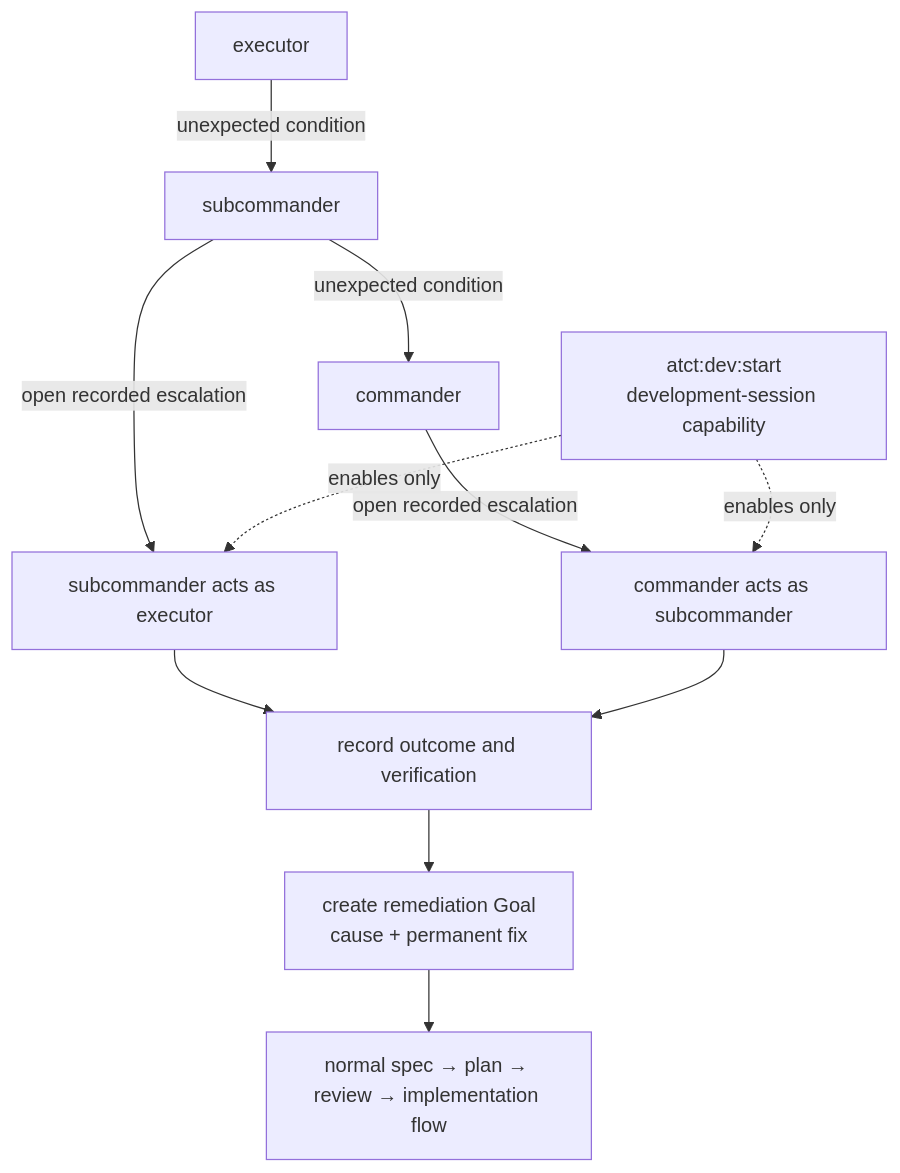
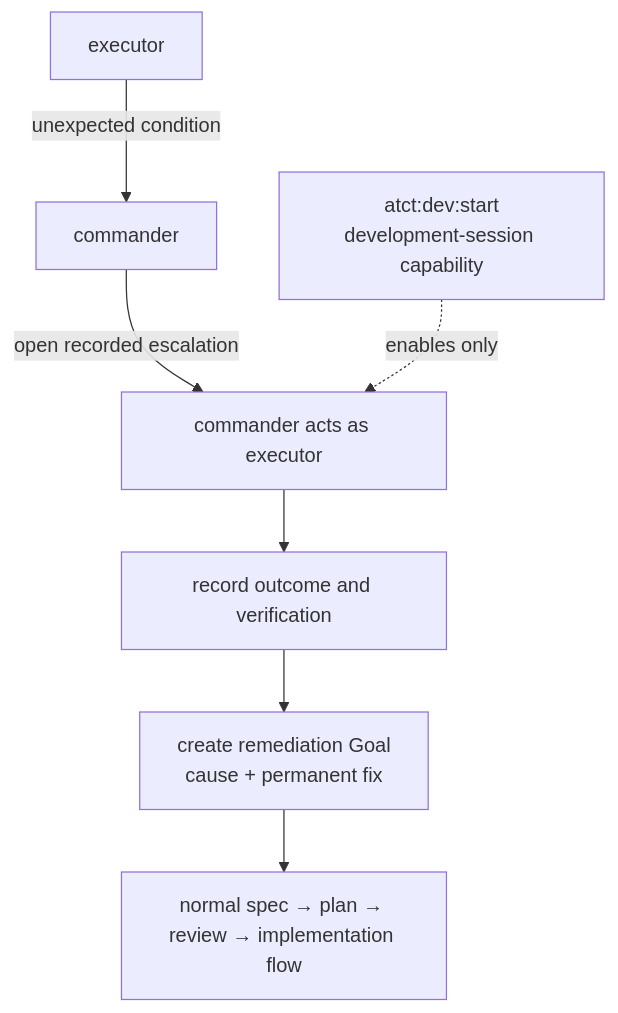
Before and after one commit to michiomochi/atct: the diagram in doc/dev-escalation.md, drawn with Mermaid. The commit also changed other lines of this file and 49 other files, not shown here.

First line of the commit message:
Make the roles commander and executor: the goal handoff holder is called executor

````diff
--- a/doc/dev-escalation.md
+++ b/doc/dev-escalation.md
@@ -9,14 +9,10 @@
 ```mermaid
 flowchart TD
-  E[executor] -->|unexpected condition| S[subcommander]
-  S -->|unexpected condition| C[commander]
-  S -->|open recorded escalation| SE[subcommander acts as executor]
-  C -->|open recorded escalation| CE[commander acts as subcommander]
-  SE --> R[record outcome and verification]
-  CE --> R
+  E[executor] -->|unexpected condition| C[commander]
+  C -->|open recorded escalation| CE[commander acts as executor]
+  CE --> R[record outcome and verification]
   R --> G[create remediation Goal\ncause + permanent fix]
   G --> N[normal spec → plan → review → implementation flow]
 
-  DS[atct:dev:start\ndevelopment-session capability] -. enables only .-> SE
-  DS -. enables only .-> CE
+  DS[atct:dev:start\ndevelopment-session capability] -. enables only .-> CE
 ```
````
